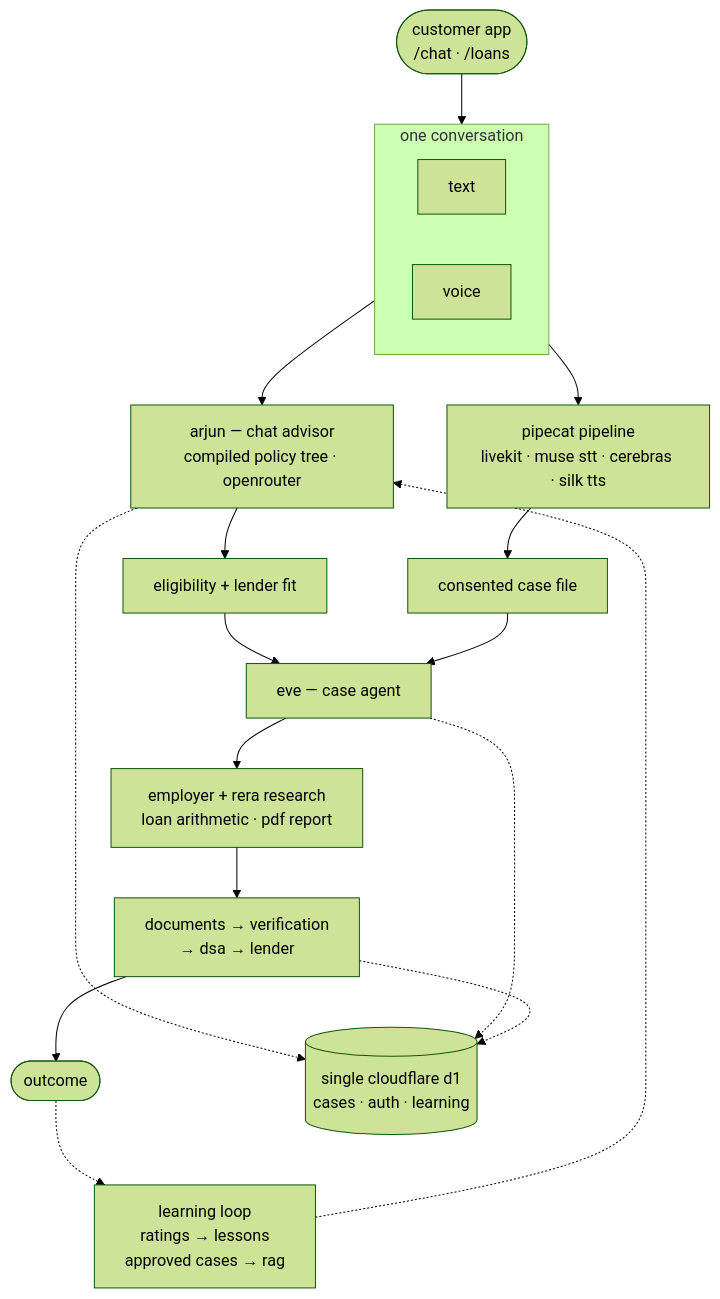
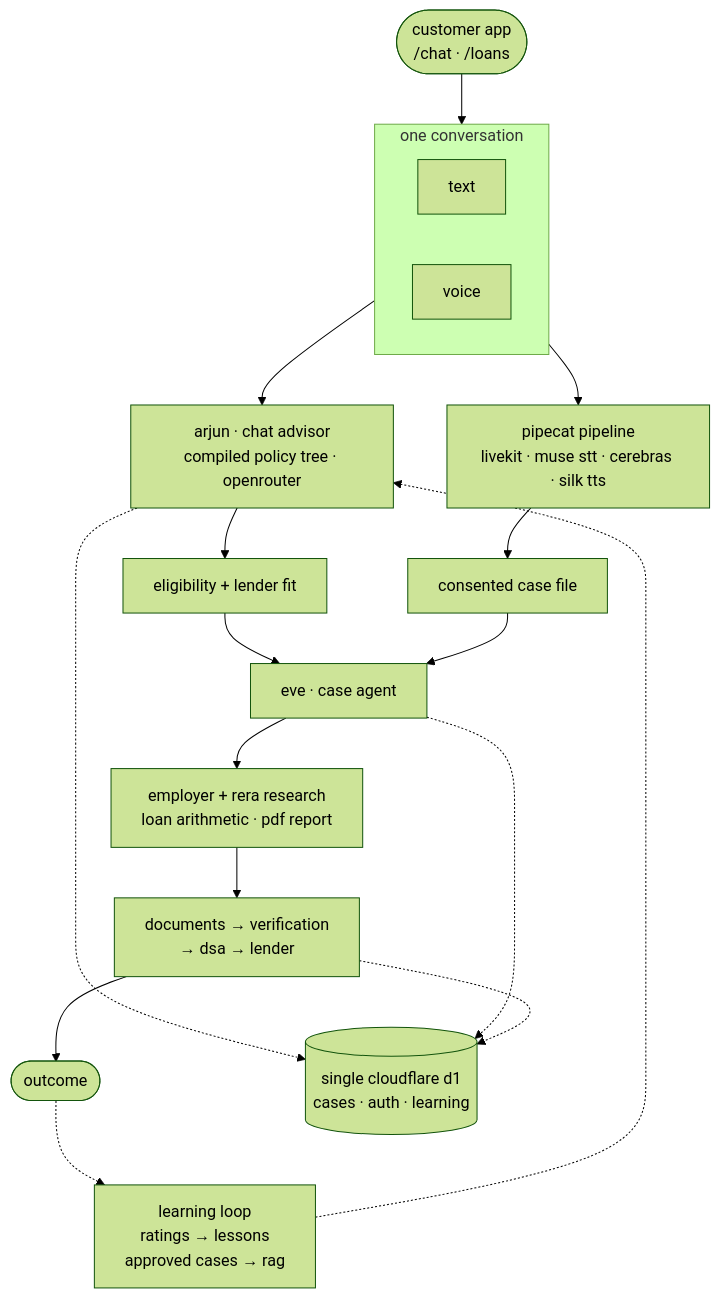
One commit to ekakshjanweja/stormej.me changed the diagram in apps/web/content/projects/aarthiqai.mdx. Above: the diagram before and after it, drawn with Mermaid (forest theme). The commit also changed other lines of this file and 86 other files, not shown here.

````diff
--- a/apps/web/content/projects/aarthiqai.mdx
+++ b/apps/web/content/projects/aarthiqai.mdx
@@ -41,33 +44,33 @@
 ```mermaid
 flowchart TB
     customer(["customer app<br/>/chat · /loans"])
 
     subgraph talk["one conversation"]
         direction LR
         textchat["text"]
         voicecall["voice"]
     end
 
     customer --> talk
 
-    textchat --> advisor["arjun — chat advisor<br/>compiled policy tree · openrouter"]
+    textchat --> advisor["arjun · chat advisor<br/>compiled policy tree · openrouter"]
     voicecall --> pipeline["pipecat pipeline<br/>livekit · muse stt · cerebras · silk tts"]
 
     advisor --> fit["eligibility + lender fit"]
     pipeline --> casefile["consented case file"]
 
-    fit --> eve["eve — case agent"]
+    fit --> eve["eve · case agent"]
     casefile --> eve
 
     eve --> report["employer + rera research<br/>loan arithmetic · pdf report"]
     report --> fulfill["documents → verification<br/>→ dsa → lender"]
     fulfill --> outcome(["outcome"])
 
     outcome -.-> learning["learning loop<br/>ratings → lessons<br/>approved cases → rag"]
     learning -.-> advisor
 
     db[("single cloudflare d1<br/>cases · auth · learning")]
     advisor -.-> db
     eve -.-> db
     fulfill -.-> db
 ```
````
